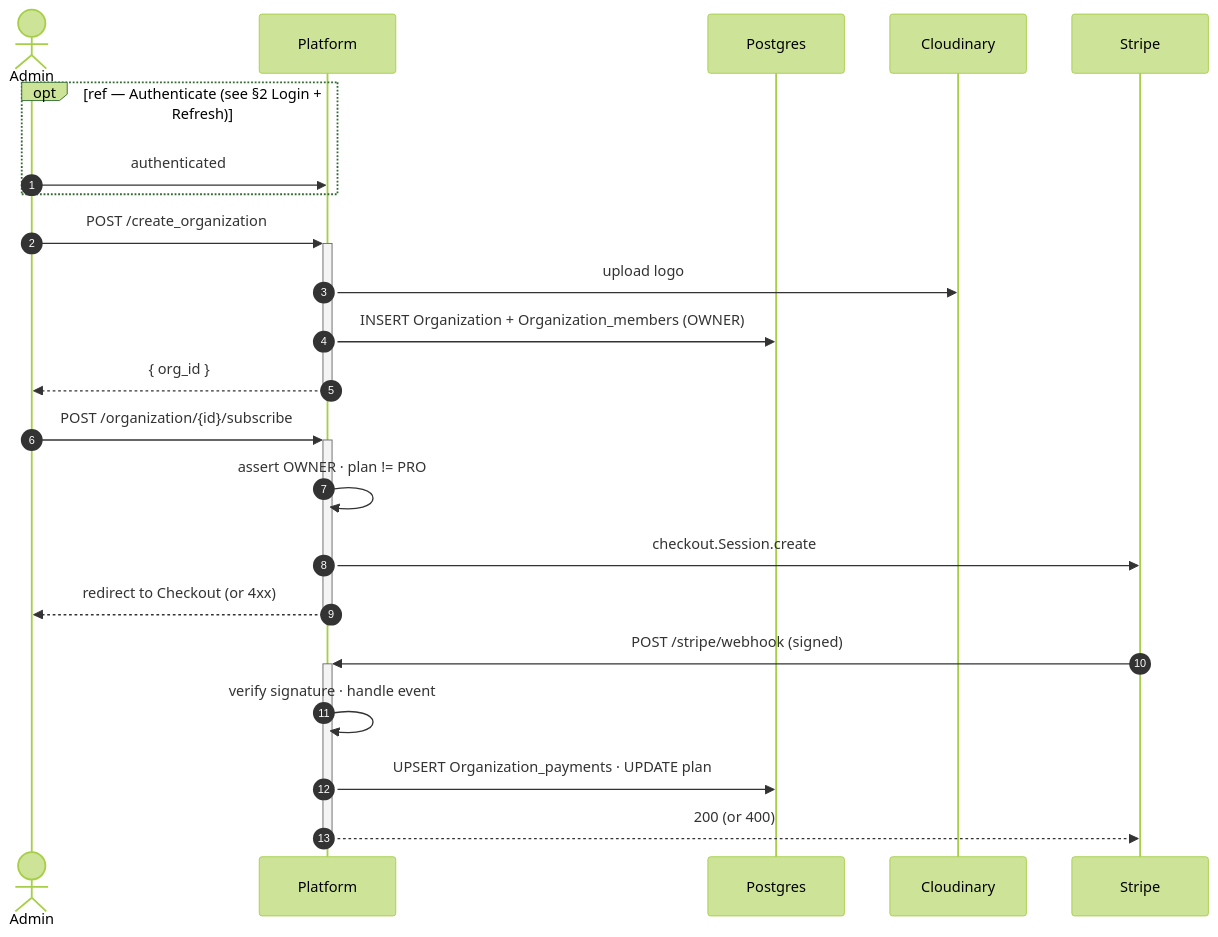
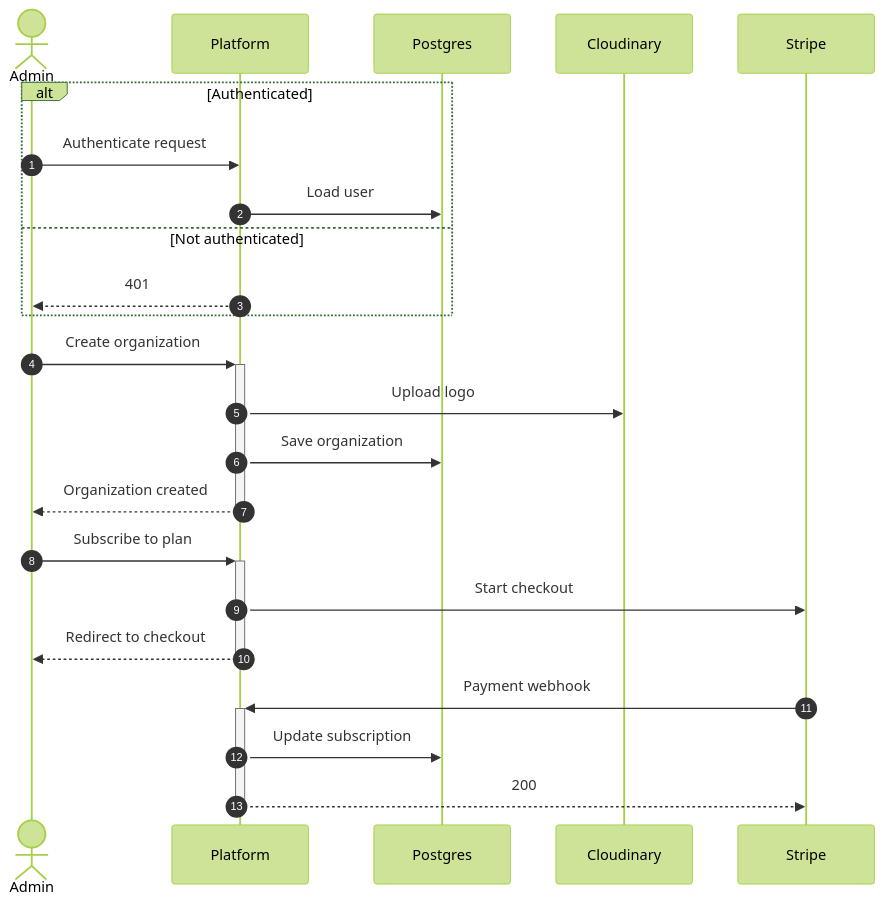
One commit to MohamedChebbi123/teamnest changed the fourth of 16 diagrams in docs/SEQUENCE_DIAGRAMS.md. Above: the diagram before and after it, drawn with Mermaid (forest theme). The commit also changed other lines of this file, not shown here.

````diff
--- a/docs/SEQUENCE_DIAGRAMS.md
+++ b/docs/SEQUENCE_DIAGRAMS.md
@@ -117,28 +117,29 @@
 ```mermaid
 sequenceDiagram
     autonumber
     actor Admin
     participant API as Platform
     participant DB as Postgres
     participant Cloud as Cloudinary
     participant Stripe
 
-    opt ref — Authenticate (see §2 Login + Refresh)
-        Admin->>API: authenticated
+    alt Authenticated
+        Admin->>API: Authenticate request
+        API->>DB: Load user
+    else Not authenticated
+        API-->>Admin: 401
     end
 
-    Admin->>+API: POST /create_organization
-    API->>Cloud: upload logo
-    API->>DB: INSERT Organization + Organization_members (OWNER)
-    API-->>-Admin: { org_id }
+    Admin->>+API: Create organization
+    API->>Cloud: Upload logo
+    API->>DB: Save organization
+    API-->>-Admin: Organization created
 
-    Admin->>+API: POST /organization/{id}/subscribe
-    API->>API: assert OWNER · plan != PRO
-    API->>Stripe: checkout.Session.create
-    API-->>-Admin: redirect to Checkout (or 4xx)
+    Admin->>+API: Subscribe to plan
+    API->>Stripe: Start checkout
+    API-->>-Admin: Redirect to checkout
 
-    Stripe->>+API: POST /stripe/webhook (signed)
-    API->>API: verify signature · handle event
-    API->>DB: UPSERT Organization_payments · UPDATE plan
-    API-->>-Stripe: 200 (or 400)
+    Stripe->>+API: Payment webhook
+    API->>DB: Update subscription
+    API-->>-Stripe: 200
 ```
````
